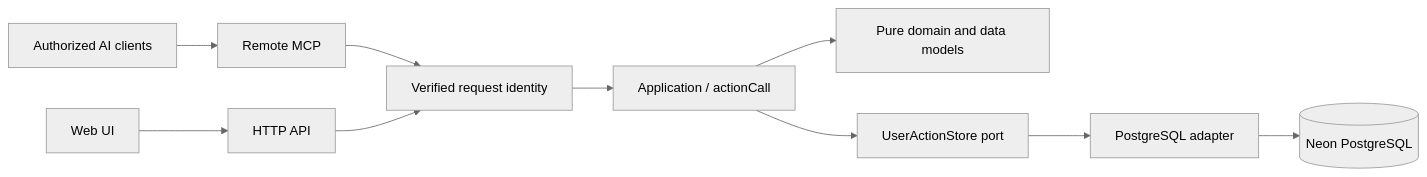
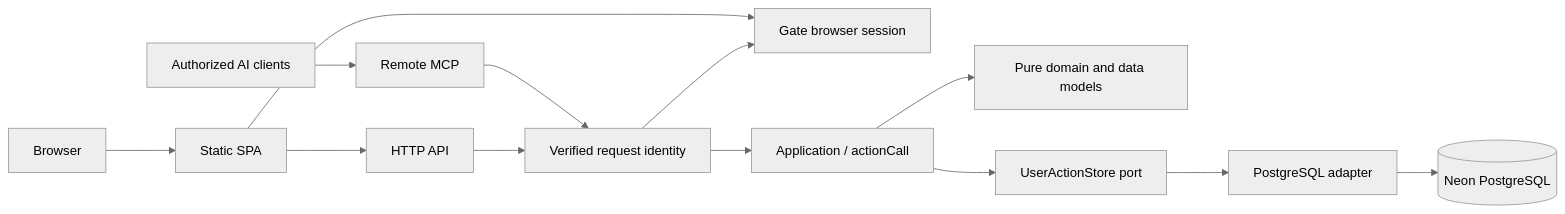
One commit to takezoh/syntoria-weave changed the diagram in ARCHITECTURE.md. Above: the diagram before and after it, drawn with Mermaid (neutral theme). The commit also changed other lines of this file and 61 other files, not shown here.

````diff
--- a/ARCHITECTURE.md
+++ b/ARCHITECTURE.md
@@ -9,12 +9,15 @@
 ```mermaid
 flowchart LR
   AI[Authorized AI clients] --> MCP[Remote MCP]
-  Web[Web UI] --> HTTP[HTTP API]
+  Browser[Browser] --> SPA[Static SPA]
+  SPA --> HTTP[HTTP API]
+  SPA --> Gate[Gate browser session]
   MCP --> Auth[Verified request identity]
   HTTP --> Auth
+  Auth --> Gate
   Auth --> App[Application / actionCall]
   App --> Domain[Pure domain and data models]
   App --> Port[UserActionStore port]
   Port --> Adapter[PostgreSQL adapter]
   Adapter --> DB[(Neon PostgreSQL)]
 ```
````
